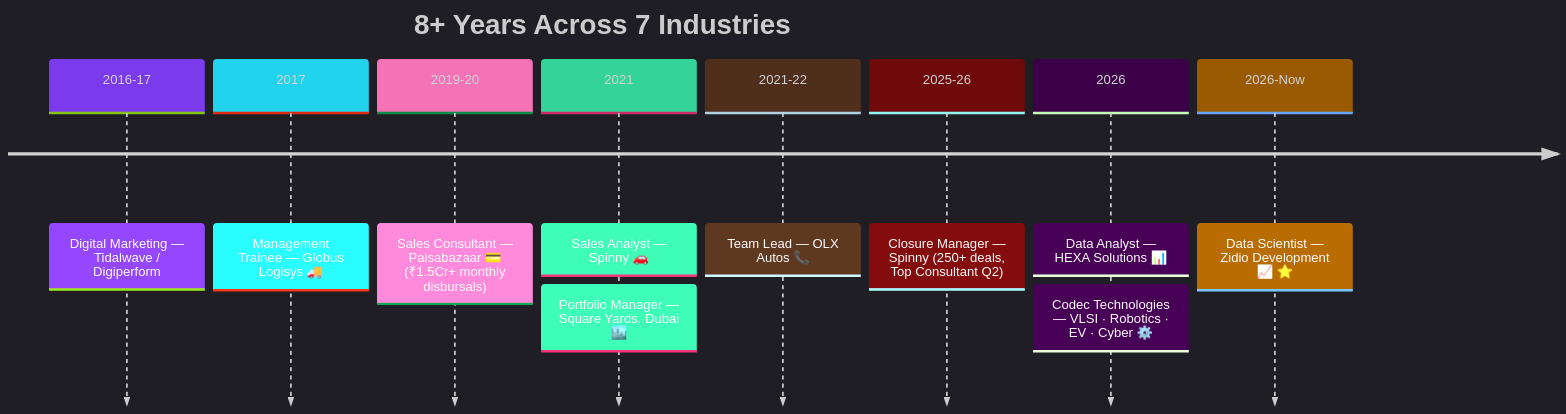
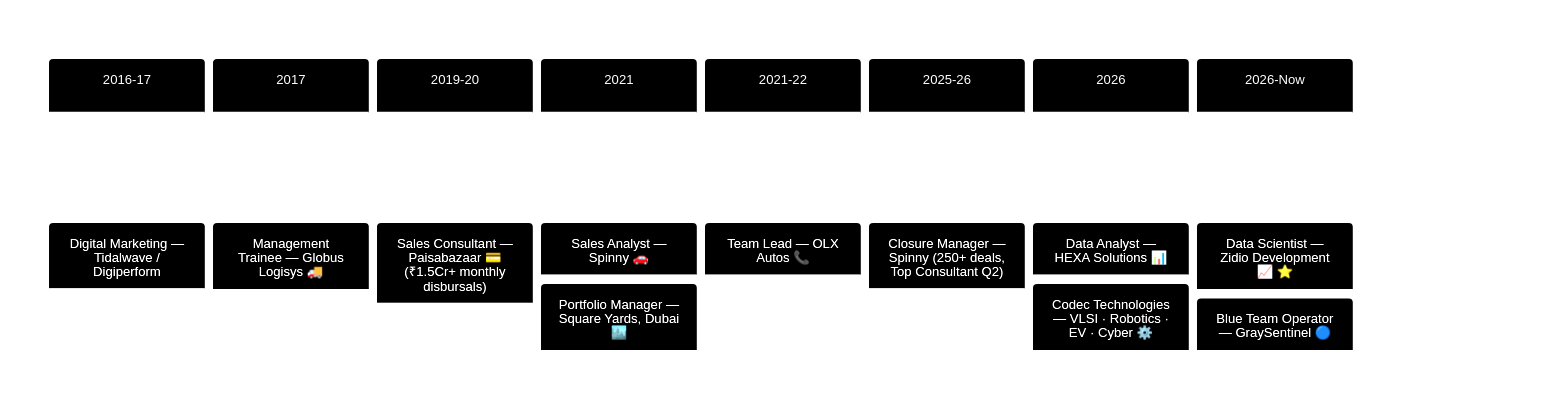
One commit to Eswar5313/Eswar5313 changed the diagram in README.md. Above: the diagram before and after it, drawn with Mermaid. The commit also changed other lines of this file, not shown here.

````diff
--- a/README.md
+++ b/README.md
@@ -179,13 +217,13 @@
 ```mermaid
-%%{init: {'theme':'dark','themeVariables':{'primaryColor':'#1E1B4B','primaryTextColor':'#E5E7EB','primaryBorderColor':'#22D3EE','lineColor':'#7C3AED','cScale0':'#7C3AED','cScale1':'#22D3EE','cScale2':'#F472B6','cScale3':'#34D399','pie1':'#7C3AED','pie2':'#22D3EE','pie3':'#F472B6','pie4':'#34D399','pie5':'#A78BFA','pie6':'#FBBF24'}}}%%
+%%{init: {'theme':'base','themeVariables':{'primaryColor':'#222222','primaryTextColor':'#FFFFFF','primaryBorderColor':'#FFFFFF','lineColor':'#FFFFFF','secondaryColor':'#000000','tertiaryColor':'#1A1A1A','fontFamily':'Georgia, serif'}}}%%
 timeline
     title 8+ Years Across 7 Industries
     2016-17 : Digital Marketing — Tidalwave / Digiperform
     2017 : Management Trainee — Globus Logisys 🚚
     2019-20 : Sales Consultant — Paisabazaar 💳 (₹1.5Cr+ monthly disbursals)
     2021 : Sales Analyst — Spinny 🚗 : Portfolio Manager — Square Yards, Dubai 🏙️
     2021-22 : Team Lead — OLX Autos 📞
     2025-26 : Closure Manager — Spinny (250+ deals, Top Consultant Q2)
     2026 : Data Analyst — HEXA Solutions 📊 : Codec Technologies — VLSI · Robotics · EV · Cyber ⚙️
-    2026-Now : Data Scientist — Zidio Development 📈 ⭐
+    2026-Now : Data Scientist — Zidio Development 📈 ⭐ : Blue Team Operator — GraySentinel 🔵
 ```
````
